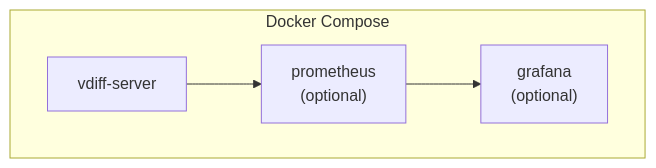
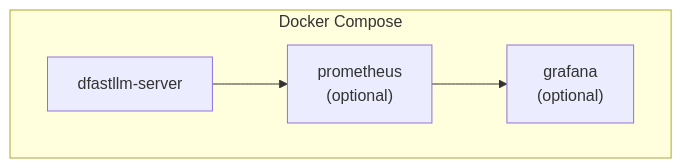
Before and after one commit to mwaykole/vdiff: the fifth of 12 diagrams in docs/dev-doc/09-deployment.md, drawn with Mermaid. The commit also changed other lines of this file and 53 other files, not shown here.

First line of the commit message:
refactor: Rename all vdiff references to dfastllm

````diff
--- a/docs/dev-doc/09-deployment.md
+++ b/docs/dev-doc/09-deployment.md
@@ -153,10 +153,10 @@
 ```mermaid
 flowchart TB
     subgraph Compose["Docker Compose"]
-        VDIFF["vdiff-server"]
+        VDIFF["dfastllm-server"]
         PROM["prometheus<br/>(optional)"]
         GRAF["grafana<br/>(optional)"]
     end
     
     VDIFF --> PROM --> GRAF
 ```
````
